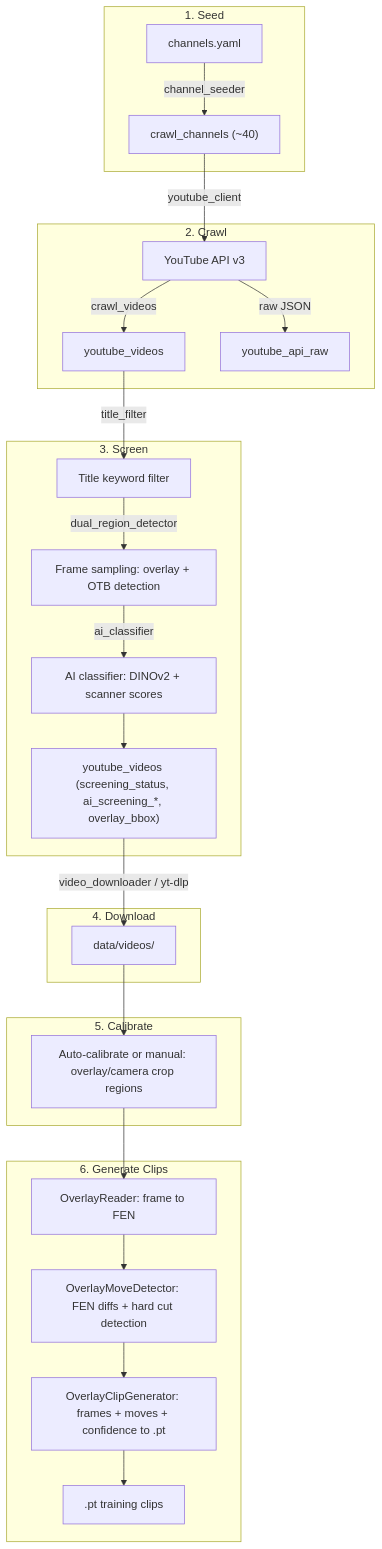
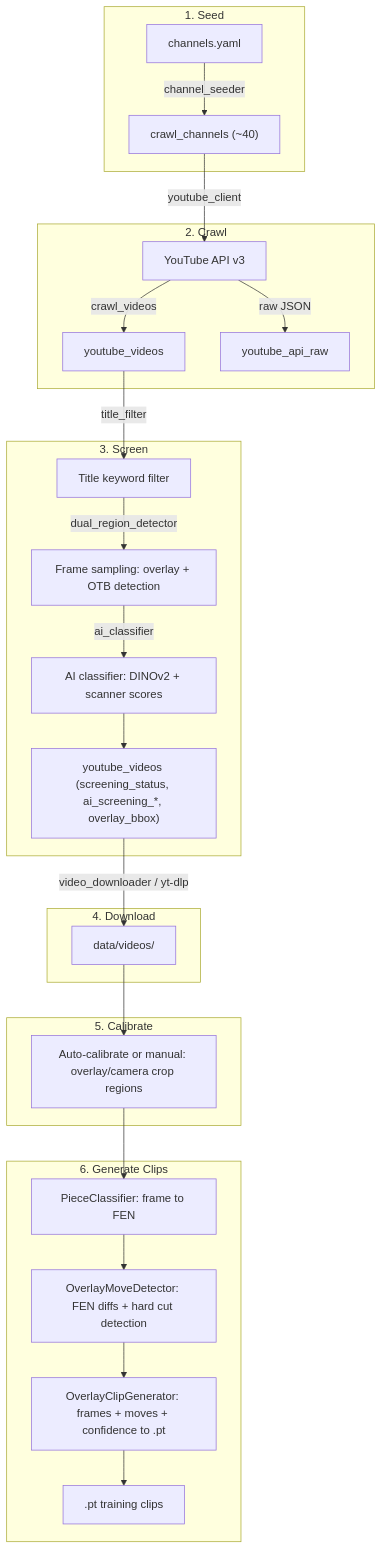
One commit to dscape/argus changed the third of 8 diagrams in README.md. Above: the diagram before and after it, drawn with Mermaid. The commit also changed other lines of this file and 10 other files, not shown here.

First line of the commit message:
Refactor overlay reader into grid detector and piece classifier

````diff
--- a/README.md
+++ b/README.md
@@ -214,34 +214,34 @@
 ```mermaid
 graph TD
     subgraph "1. Seed"
         CH[channels.yaml] -->|channel_seeder| DB_CH["crawl_channels (~40)"]
     end
 
     subgraph "2. Crawl"
         DB_CH -->|youtube_client| YT[YouTube API v3]
         YT -->|crawl_videos| DB_V[youtube_videos]
         YT -->|raw JSON| DB_R[youtube_api_raw]
     end
 
     subgraph "3. Screen"
         DB_V -->|title_filter| TF[Title keyword filter]
         TF -->|dual_region_detector| DRD["Frame sampling: overlay + OTB detection"]
         DRD -->|ai_classifier| AI["AI classifier: DINOv2 + scanner scores"]
         AI --> DB_S["youtube_videos (screening_status, ai_screening_*, overlay_bbox)"]
     end
 
     subgraph "4. Download"
         DB_S -->|video_downloader / yt-dlp| VID["data/videos/"]
     end
 
     subgraph "5. Calibrate"
         VID --> CAL["Auto-calibrate or manual: overlay/camera crop regions"]
     end
 
     subgraph "6. Generate Clips"
-        CAL --> READ["OverlayReader: frame to FEN"]
+        CAL --> READ["PieceClassifier: frame to FEN"]
         READ --> MOVE["OverlayMoveDetector: FEN diffs + hard cut detection"]
         MOVE --> CLIP["OverlayClipGenerator: frames + moves + confidence to .pt"]
         CLIP --> PT[.pt training clips]
     end
 ```
````
